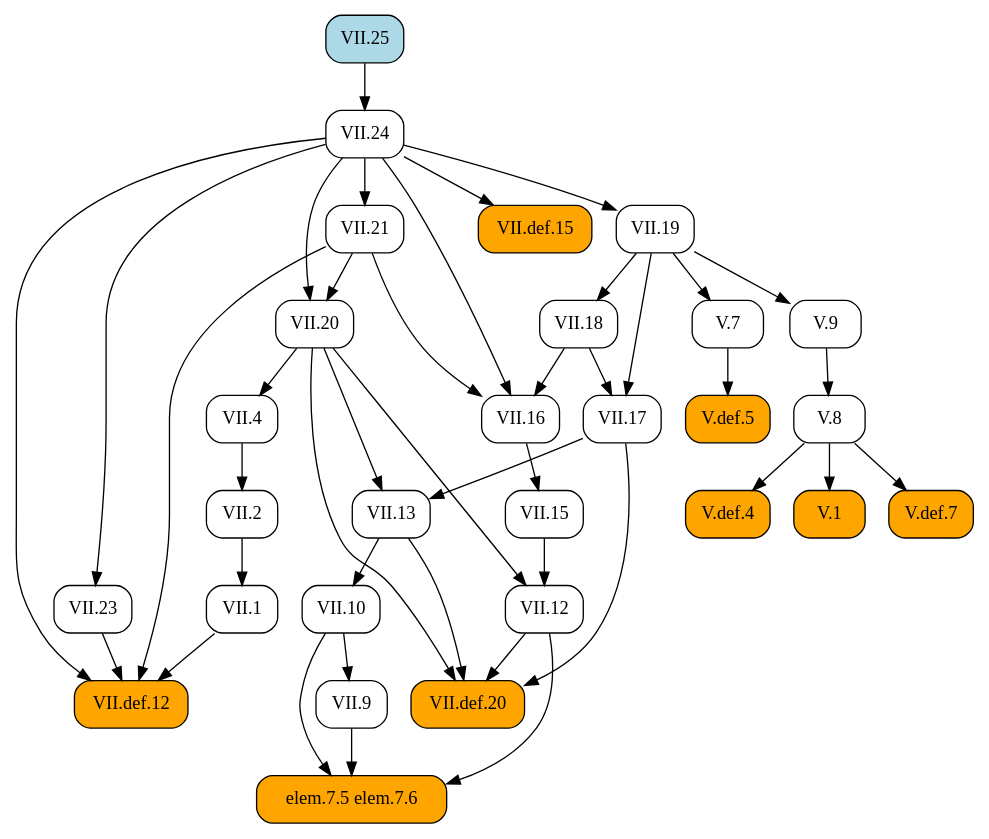
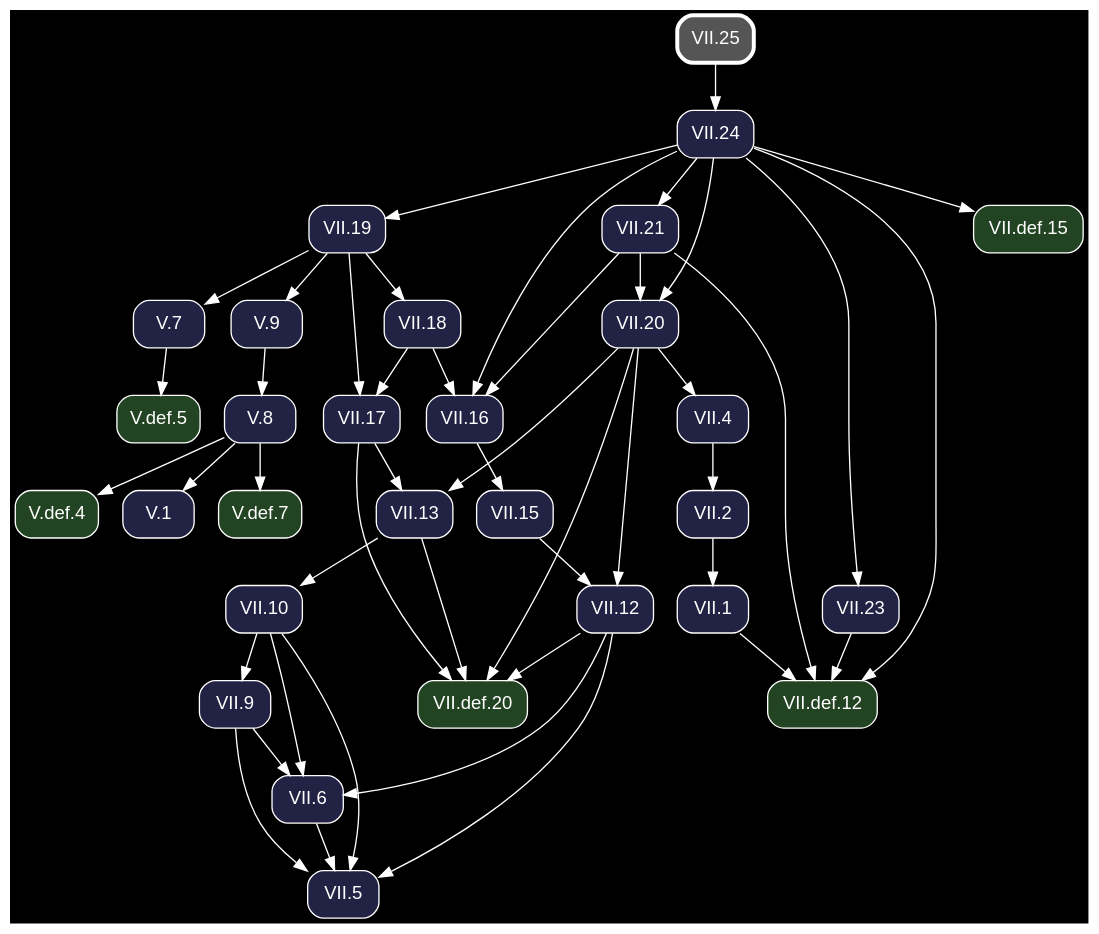
One commit to geometor/elements changed the diagram in docsrc/heath/VII/25/index.rst. Above: the diagram before and after it, drawn with Graphviz. The commit also changed other lines of this file and 1200 other files, not shown here.

Commit message:
update dependency graphs

```diff
--- a/docsrc/heath/VII/25/index.rst
+++ b/docsrc/heath/VII/25/index.rst
@@ -37,75 +37,82 @@
 .. graphviz::
 
    digraph {
+     bgcolor="black";
+     node [shape=box, style="rounded,filled", fontname="Helvetica", color="white", fontcolor="white"];
+     edge [color="white", fontcolor="white"];
      rankdir="TB";
-     node [shape=box, style=rounded];
-     "VII.12" [URL="/heath/VII/12/", target="_top"];
-     "elem.7.5 elem.7.6" [style="rounded,filled", fillcolor=orange];
-     "V.def.7" [style="rounded,filled", fillcolor=orange, URL="/heath/V/def.7/", target="_top"];
-     "VII.9" [URL="/heath/VII/9/", target="_top"];
-     "VII.18" [URL="/heath/VII/18/", target="_top"];
-     "VII.16" [URL="/heath/VII/16/", target="_top"];
-     "V.7" [URL="/heath/V/7/", target="_top"];
-     "VII.21" [URL="/heath/VII/21/", target="_top"];
-     "V.def.5" [style="rounded,filled", fillcolor=orange, URL="/heath/V/def.5/", target="_top"];
-     "V.def.4" [style="rounded,filled", fillcolor=orange, URL="/heath/V/def.4/", target="_top"];
-     "V.9" [URL="/heath/V/9/", target="_top"];
-     "VII.1" [URL="/heath/VII/1/", target="_top"];
-     "VII.25" [style="rounded,filled", fillcolor=lightblue, URL="/heath/VII/25/", target="_top"];
-     "VII.10" [URL="/heath/VII/10/", target="_top"];
-     "V.8" [URL="/heath/V/8/", target="_top"];
-     "VII.13" [URL="/heath/VII/13/", target="_top"];
-     "VII.23" [URL="/heath/VII/23/", target="_top"];
-     "VII.4" [URL="/heath/VII/4/", target="_top"];
-     "VII.def.12" [style="rounded,filled", fillcolor=orange, URL="/heath/VII/def.12/", target="_top"];
-     "VII.20" [URL="/heath/VII/20/", target="_top"];
-     "V.1" [style="rounded,filled", fillcolor=orange, URL="/heath/V/1/", target="_top"];
-     "VII.def.15" [style="rounded,filled", fillcolor=orange, URL="/heath/VII/def.15/", target="_top"];
-     "VII.24" [URL="/heath/VII/24/", target="_top"];
-     "VII.17" [URL="/heath/VII/17/", target="_top"];
-     "VII.19" [URL="/heath/VII/19/", target="_top"];
-     "VII.2" [URL="/heath/VII/2/", target="_top"];
-     "VII.def.20" [style="rounded,filled", fillcolor=orange, URL="/heath/VII/def.20/", target="_top"];
-     "VII.15" [URL="/heath/VII/15/", target="_top"];
-     "VII.15" -> "VII.12";
-     "VII.20" -> "VII.12";
-     "VII.9" -> "elem.7.5 elem.7.6";
-     "VII.10" -> "elem.7.5 elem.7.6";
-     "VII.12" -> "elem.7.5 elem.7.6";
+     "V.def.5" [fillcolor="#224422", URL="/heath/V/def.5/", target="_top"];
+     "V.def.7" [fillcolor="#224422", URL="/heath/V/def.7/", target="_top"];
+     "VII.20" [fillcolor="#222244", URL="/heath/VII/20/", target="_top"];
+     "VII.18" [fillcolor="#222244", URL="/heath/VII/18/", target="_top"];
+     "VII.2" [fillcolor="#222244", URL="/heath/VII/2/", target="_top"];
+     "V.def.4" [fillcolor="#224422", URL="/heath/V/def.4/", target="_top"];
+     "VII.5" [fillcolor="#222244", URL="/heath/VII/5/", target="_top"];
+     "VII.def.20" [fillcolor="#224422", URL="/heath/VII/def.20/", target="_top"];
+     "VII.def.15" [fillcolor="#224422", URL="/heath/VII/def.15/", target="_top"];
+     "VII.1" [fillcolor="#222244", URL="/heath/VII/1/", target="_top"];
+     "VII.6" [fillcolor="#222244", URL="/heath/VII/6/", target="_top"];
+     "VII.16" [fillcolor="#222244", URL="/heath/VII/16/", target="_top"];
+     "VII.15" [fillcolor="#222244", URL="/heath/VII/15/", target="_top"];
+     "VII.13" [fillcolor="#222244", URL="/heath/VII/13/", target="_top"];
+     "V.1" [fillcolor="#222244", URL="/heath/V/1/", target="_top"];
+     "VII.10" [fillcolor="#222244", URL="/heath/VII/10/", target="_top"];
+     "VII.4" [fillcolor="#222244", URL="/heath/VII/4/", target="_top"];
+     "VII.23" [fillcolor="#222244", URL="/heath/VII/23/", target="_top"];
+     "VII.def.12" [fillcolor="#224422", URL="/heath/VII/def.12/", target="_top"];
+     "VII.19" [fillcolor="#222244", URL="/heath/VII/19/", target="_top"];
+     "VII.25" [penwidth=3, color="white", fillcolor="#555555", URL="/heath/VII/25/", target="_top"];
+     "V.8" [fillcolor="#222244", URL="/heath/V/8/", target="_top"];
+     "VII.21" [fillcolor="#222244", URL="/heath/VII/21/", target="_top"];
+     "VII.9" [fillcolor="#222244", URL="/heath/VII/9/", target="_top"];
+     "V.7" [fillcolor="#222244", URL="/heath/V/7/", target="_top"];
+     "VII.12" [fillcolor="#222244", URL="/heath/VII/12/", target="_top"];
+     "V.9" [fillcolor="#222244", URL="/heath/V/9/", target="_top"];
+     "VII.17" [fillcolor="#222244", URL="/heath/VII/17/", target="_top"];
+     "VII.24" [fillcolor="#222244", URL="/heath/VII/24/", target="_top"];
+     "V.7" -> "V.def.5";
      "V.8" -> "V.def.7";
-     "VII.10" -> "VII.9";
+     "VII.21" -> "VII.20";
+     "VII.24" -> "VII.20";
      "VII.19" -> "VII.18";
+     "VII.4" -> "VII.2";
+     "V.8" -> "V.def.4";
+     "VII.6" -> "VII.5";
+     "VII.9" -> "VII.5";
+     "VII.10" -> "VII.5";
+     "VII.12" -> "VII.5";
+     "VII.12" -> "VII.def.20";
+     "VII.13" -> "VII.def.20";
+     "VII.17" -> "VII.def.20";
+     "VII.20" -> "VII.def.20";
+     "VII.24" -> "VII.def.15";
+     "VII.2" -> "VII.1";
+     "VII.9" -> "VII.6";
+     "VII.10" -> "VII.6";
+     "VII.12" -> "VII.6";
      "VII.18" -> "VII.16";
      "VII.21" -> "VII.16";
      "VII.24" -> "VII.16";
-     "VII.19" -> "V.7";
-     "VII.24" -> "VII.21";
-     "V.7" -> "V.def.5";
-     "V.8" -> "V.def.4";
-     "VII.19" -> "V.9";
-     "VII.2" -> "VII.1";
-     "VII.13" -> "VII.10";
-     "V.9" -> "V.8";
+     "VII.16" -> "VII.15";
      "VII.17" -> "VII.13";
      "VII.20" -> "VII.13";
+     "V.8" -> "V.1";
+     "VII.13" -> "VII.10";
+     "VII.20" -> "VII.4";
      "VII.24" -> "VII.23";
-     "VII.20" -> "VII.4";
      "VII.1" -> "VII.def.12";
      "VII.21" -> "VII.def.12";
      "VII.23" -> "VII.def.12";
      "VII.24" -> "VII.def.12";
-     "VII.21" -> "VII.20";
-     "VII.24" -> "VII.20";
-     "V.8" -> "V.1";
-     "VII.24" -> "VII.def.15";
-     "VII.25" -> "VII.24";
+     "VII.24" -> "VII.19";
+     "V.9" -> "V.8";
+     "VII.24" -> "VII.21";
+     "VII.10" -> "VII.9";
+     "VII.19" -> "V.7";
+     "VII.15" -> "VII.12";
+     "VII.20" -> "VII.12";
+     "VII.19" -> "V.9";
      "VII.18" -> "VII.17";
      "VII.19" -> "VII.17";
-     "VII.24" -> "VII.19";
-     "VII.4" -> "VII.2";
-     "VII.12" -> "VII.def.20";
-     "VII.13" -> "VII.def.20";
-     "VII.17" -> "VII.def.20";
-     "VII.20" -> "VII.def.20";
-     "VII.16" -> "VII.15";
+     "VII.25" -> "VII.24";
    }
```
